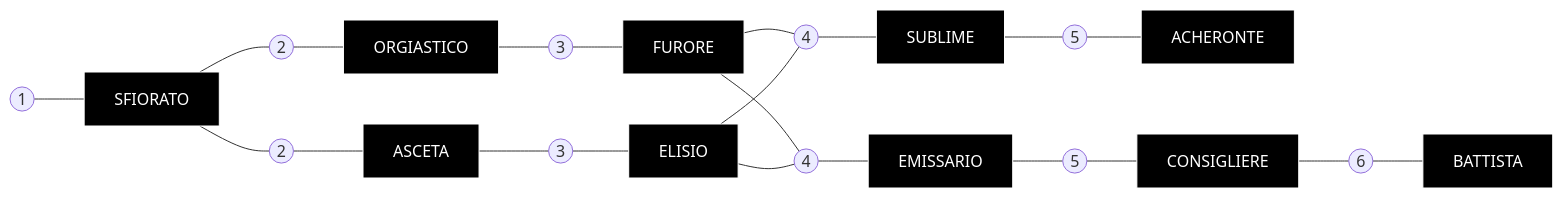
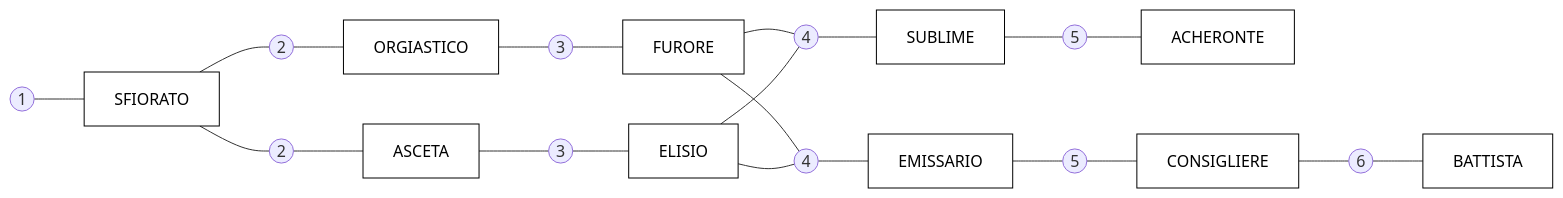
One commit to OwNathan/garden_test changed the diagram in src/site/notes/100. Web Garden/Culti/Anabattisti.md. Above: the diagram before and after it, drawn with Mermaid. The commit also changed other lines of this file and 2 other files, not shown here.

Commit message:
Published multiple files

````diff
--- a/src/site/notes/100. Web Garden/Culti/Anabattisti.md
+++ b/src/site/notes/100. Web Garden/Culti/Anabattisti.md
@@ -34,50 +36,91 @@
 ```mermaid
 graph LR
-    %% Definizione Nodi
-    N1((1)) --- SFIORATO[SFIORATO]
 
-    %% Bivio iniziale
-    SFIORATO --- N2A((2))
-    SFIORATO --- N2B((2))
+    %% Definizione Nodi
 
-    N2A --- ORGIASTICO[ORGIASTICO]
-    N2B --- ASCETA[ASCETA]
+    N1((1)) --- SFIORATO[SFIORATO]
 
-    %% Livello 3
-    ORGIASTICO --- N3A((3))
-    ASCETA --- N3B((3))
+  
+  
 
-    N3A --- FURORE[FURORE]
-    N3B --- ELISIO[ELISIO]
+    SFIORATO --- N2A((2))
 
-    %% L'incrocio centrale (X)
-    FURORE --- N4A((4))
-    FURORE --- N4B((4))
-    ELISIO --- N4A
-    ELISIO --- N4B
+    SFIORATO --- N2B((2))
 
-    %% Livello 4 e oltre
-    N4A --- SUBLIME[SUBLIME]
-    N4B --- EMISSARIO[EMISSARIO]
+  
 
-    SUBLIME --- N5A((5))
-    N5A --- ACHERONTE[ACHERONTE]
+    N2A --- ORGIASTICO[ORGIASTICO]
 
-    EMISSARIO --- N5B((5))
-    N5B --- CONSIGLIERE[CONSIGLIERE]
-    
-    CONSIGLIERE --- N6((6))
-    N6 --- BATTISTA[BATTISTA]
+    N2B --- ASCETA[ASCETA]
 
-    %% Styling per somigliare all'immagine
-    style SFIORATO fill:#000,color:#fff,stroke:#fff
-    style ORGIASTICO fill:#000,color:#fff,stroke:#fff
-    style ASCETA fill:#000,color:#fff,stroke:#fff
-    style FURORE fill:#000,color:#fff,stroke:#fff
-    style ELISIO fill:#000,color:#fff,stroke:#fff
-    style SUBLIME fill:#000,color:#fff,stroke:#fff
-    style EMISSARIO fill:#000,color:#fff,stroke:#fff
-    style ACHERONTE fill:#000,color:#fff,stroke:#fff
-    style CONSIGLIERE fill:#000,color:#fff,stroke:#fff
-    style BATTISTA fill:#000,color:#fff,stroke:#fff
+  
+  
+
+    ORGIASTICO --- N3A((3))
+
+    ASCETA --- N3B((3))
+
+  
+
+    N3A --- FURORE[FURORE]
+
+    N3B --- ELISIO[ELISIO]
+
+  
+  
+
+    FURORE --- N4A((4))
+
+    FURORE --- N4B((4))
+
+    ELISIO --- N4A
+
+    ELISIO --- N4B
+
+  
+  
+
+    N4A --- SUBLIME[SUBLIME]
+
+    N4B --- EMISSARIO[EMISSARIO]
+
+  
+
+    SUBLIME --- N5A((5))
+
+    N5A --- ACHERONTE[ACHERONTE]
+
+  
+
+    EMISSARIO --- N5B((5))
+
+    N5B --- CONSIGLIERE[CONSIGLIERE]
+
+    CONSIGLIERE --- N6((6))
+
+    N6 --- BATTISTA[BATTISTA]
+
+  
+
+    %% Styling per somigliare all'immagine
+
+    style SFIORATO fill:#FFF,color:#000,stroke:#000
+
+    style ORGIASTICO fill:#FFF,color:#000,stroke:#000
+
+    style ASCETA fill:#FFF,color:#000,stroke:#000
+
+    style FURORE fill:#FFF,color:#000,stroke:#000
+
+    style ELISIO fill:#FFF,color:#000,stroke:#000
+
+    style SUBLIME fill:#FFF,color:#000,stroke:#000
+
+    style EMISSARIO fill:#FFF,color:#000,stroke:#000
+
+    style ACHERONTE fill:#FFF,color:#000,stroke:#000
+
+    style CONSIGLIERE fill:#FFF,color:#000,stroke:#000
+
+    style BATTISTA fill:#FFF,color:#000,stroke:#000
 ```
````
